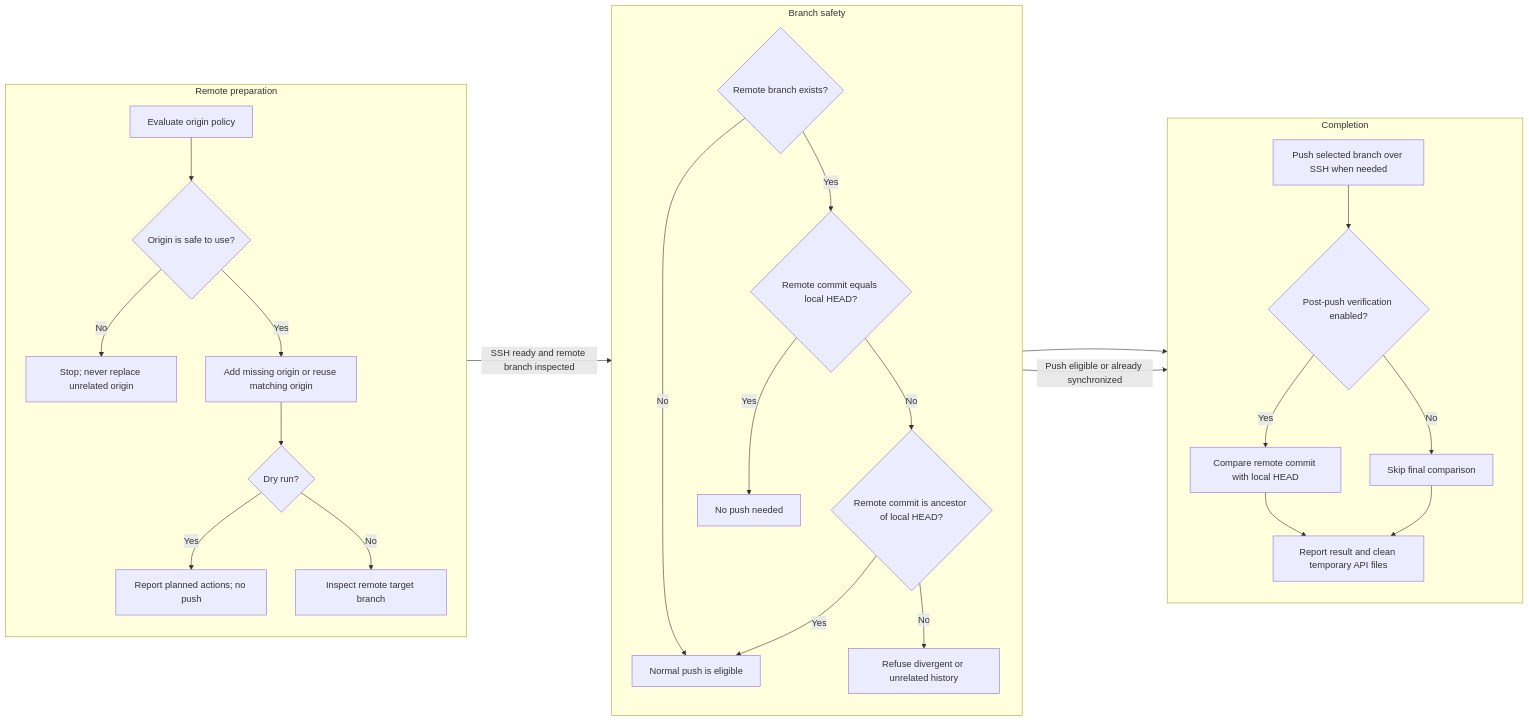
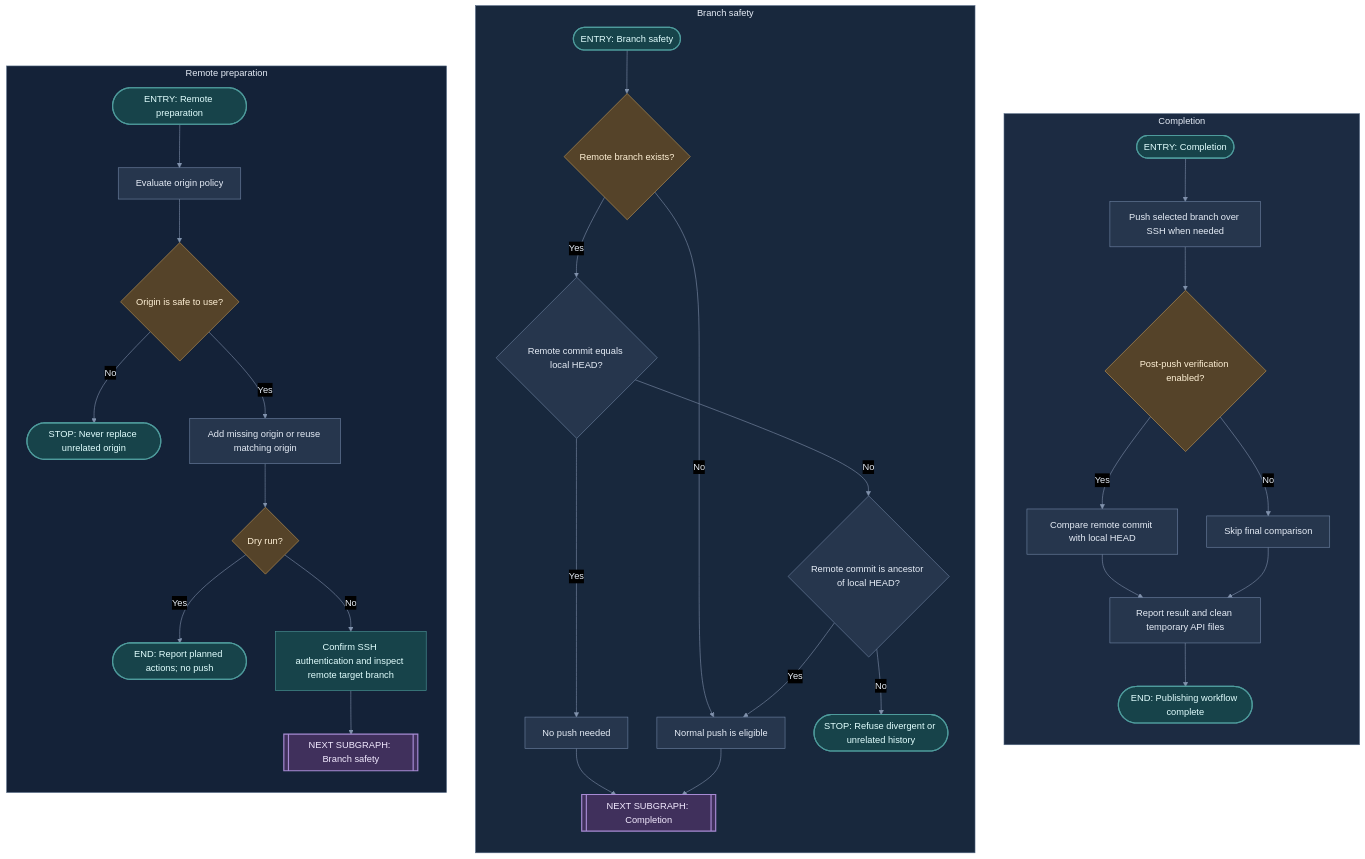
The third of 3 diagrams in README/015_program_flow.md (TheInternetTutor/ghputil), drawn with Mermaid before and after one commit. The commit also changed other lines of this file and 1 other file, not shown here.

Commit message:
Refine Mermaid workflow diagrams

````diff
--- a/README/015_program_flow.md
+++ b/README/015_program_flow.md
@@ -82,33 +130,53 @@
 ```mermaid
-flowchart LR
-  subgraph F[Remote preparation]
+%%{init: {"theme":"base","themeVariables":{"darkMode":true,"background":"#0b1220","primaryColor":"#26364d","primaryTextColor":"#e6edf7","primaryBorderColor":"#7186a6","lineColor":"#8293ad","secondaryColor":"#1b2a40","tertiaryColor":"#172338","clusterBkg":"#172338","clusterBorder":"#526783","fontFamily":"Arial, sans-serif"}}}%%
+flowchart TB
+  subgraph H[Completion]
     direction TB
-    F1[Evaluate origin policy] --> F1A{Origin is safe to use?}
-    F1A -- No --> FSTOP[Stop; never replace unrelated origin]
-    F1A -- Yes --> F2[Add missing origin or reuse matching origin]
-    F2 --> F3{Dry run?}
-    F3 -- Yes --> F4[Report planned actions; no push]
-    F3 -- No --> F5[Inspect remote target branch]
+    H0([ENTRY: Completion])
+    H0 --> H1[Push selected branch over SSH when needed]
+    H1 --> H2{Post-push verification enabled?}
+    H2 -- Yes --> H3[Compare remote commit with local HEAD]
+    H2 -- No --> H4[Skip final comparison]
+    H3 --> H5[Report result and clean temporary API files]
+    H4 --> H5
+    H5 --> H6([END: Publishing workflow complete])
   end
   subgraph G[Branch safety]
     direction TB
-    G1{Remote branch exists?}
+    G0([ENTRY: Branch safety])
+    G0 --> G1{Remote branch exists?}
     G1 -- No --> G5[Normal push is eligible]
     G1 -- Yes --> G2{Remote commit equals local HEAD?}
     G2 -- Yes --> G3[No push needed]
     G2 -- No --> G4{Remote commit is ancestor of local HEAD?}
     G4 -- Yes --> G5
-    G4 -- No --> G6[Refuse divergent or unrelated history]
+    G4 -- No --> G6([STOP: Refuse divergent or unrelated history])
+    G3 --> G7[[NEXT SUBGRAPH: Completion]]
+    G5 --> G7
   end
-  subgraph H[Completion]
+  subgraph F[Remote preparation]
     direction TB
-    H1[Push selected branch over SSH when needed] --> H2{Post-push verification enabled?}
-    H2 -- Yes --> H3[Compare remote commit with local HEAD]
-    H2 -- No --> H4[Skip final comparison]
-    H3 --> H5[Report result and clean temporary API files]
-    H4 --> H5
-    G3 --> H2
+    F0([ENTRY: Remote preparation])
+    F0 --> F1[Evaluate origin policy]
+    F1 --> F1A{Origin is safe to use?}
+    F1A -- No --> FSTOP([STOP: Never replace unrelated origin])
+    F1A -- Yes --> F2[Add missing origin or reuse matching origin]
+    F2 --> F3{Dry run?}
+    F3 -- Yes --> F4([END: Report planned actions; no push])
+    F3 -- No --> F5[Confirm SSH authentication and inspect remote target branch]
+    F5 --> F6[[NEXT SUBGRAPH: Branch safety]]
   end
-  F -->|SSH ready and remote branch inspected| G
-  G -->|Push eligible or already synchronized| H
+  classDef process fill:#26364d,stroke:#7186a6,color:#e6edf7,stroke-width:1px;
+  classDef decision fill:#554329,stroke:#c69b58,color:#fff1d6,stroke-width:1px;
+  classDef secure fill:#17434a,stroke:#4e9b9c,color:#e2ffff,stroke-width:1px;
+  classDef handoff fill:#40305c,stroke:#a78bd4,color:#f2eaff,stroke-width:2px;
+  classDef endpoint fill:#17434a,stroke:#4e9b9c,color:#e2ffff,stroke-width:2px;
+  class F1,F2,G2,G4,G5,H1,H3,H4,H5 process;
+  class F5 secure;
+  class F1A,F3,G1,H2 decision;
+  class F6,G7 handoff;
+  class F0,G0,H0,FSTOP,F4,G6,H6 endpoint;
+  style F fill:#142238,stroke:#526783,stroke-width:1px,color:#e6edf7
+  style G fill:#18283d,stroke:#526783,stroke-width:1px,color:#e6edf7
+  style H fill:#1c2b42,stroke:#526783,stroke-width:1px,color:#e6edf7
 ```
````
